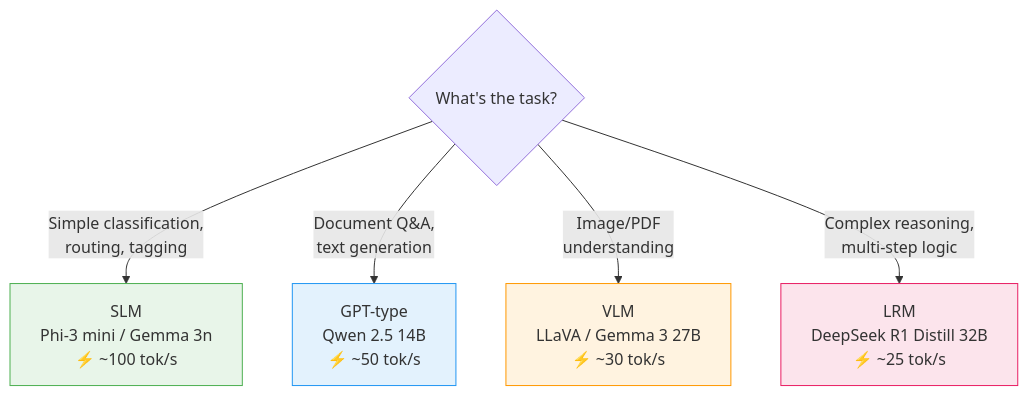
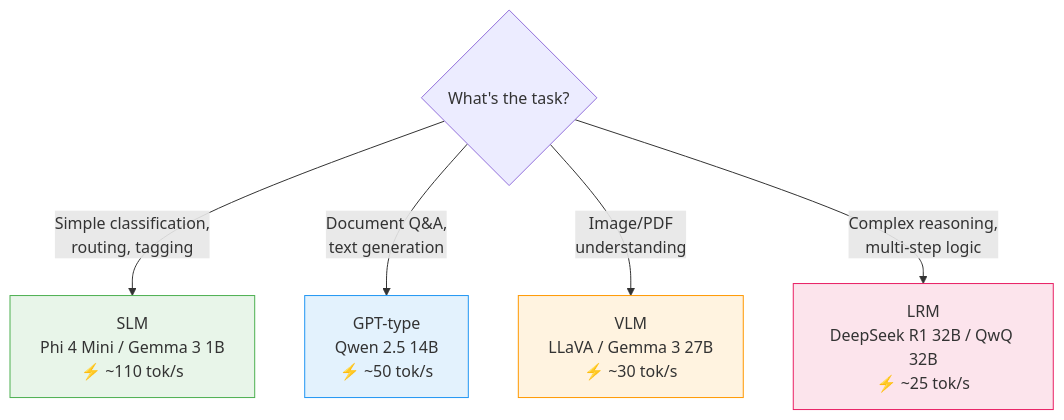
One commit to Hrabi/agentinc-lab changed the third of 10 diagrams in docs/local-llm-rag-specialist-agents.md. Above: the diagram before and after it, drawn with Mermaid. The commit also changed other lines of this file and 8 other files, not shown here.

````diff
--- a/docs/local-llm-rag-specialist-agents.md
+++ b/docs/local-llm-rag-specialist-agents.md
@@ -393,14 +393,14 @@
 ```mermaid
 flowchart TD
     Task{"What's the task?"}
     
-    Task -->|"Simple classification,<br/>routing, tagging"| SLM["SLM<br/>Phi-3 mini / Gemma 3n<br/>⚡ ~100 tok/s"]
+    Task -->|"Simple classification,<br/>routing, tagging"| SLM["SLM<br/>Phi 4 Mini / Gemma 3 1B<br/>⚡ ~110 tok/s"]
     Task -->|"Document Q&A,<br/>text generation"| GPT["GPT-type<br/>Qwen 2.5 14B<br/>⚡ ~50 tok/s"]
     Task -->|"Image/PDF<br/>understanding"| VLM["VLM<br/>LLaVA / Gemma 3 27B<br/>⚡ ~30 tok/s"]
-    Task -->|"Complex reasoning,<br/>multi-step logic"| LRM["LRM<br/>DeepSeek R1 Distill 32B<br/>⚡ ~25 tok/s"]
+    Task -->|"Complex reasoning,<br/>multi-step logic"| LRM["LRM<br/>DeepSeek R1 32B / QwQ 32B<br/>⚡ ~25 tok/s"]
     
     style SLM fill:#e8f5e9,stroke:#4caf50
     style GPT fill:#e3f2fd,stroke:#2196f3
     style VLM fill:#fff3e0,stroke:#ff9800
     style LRM fill:#fce4ec,stroke:#e91e63
 ```
````
